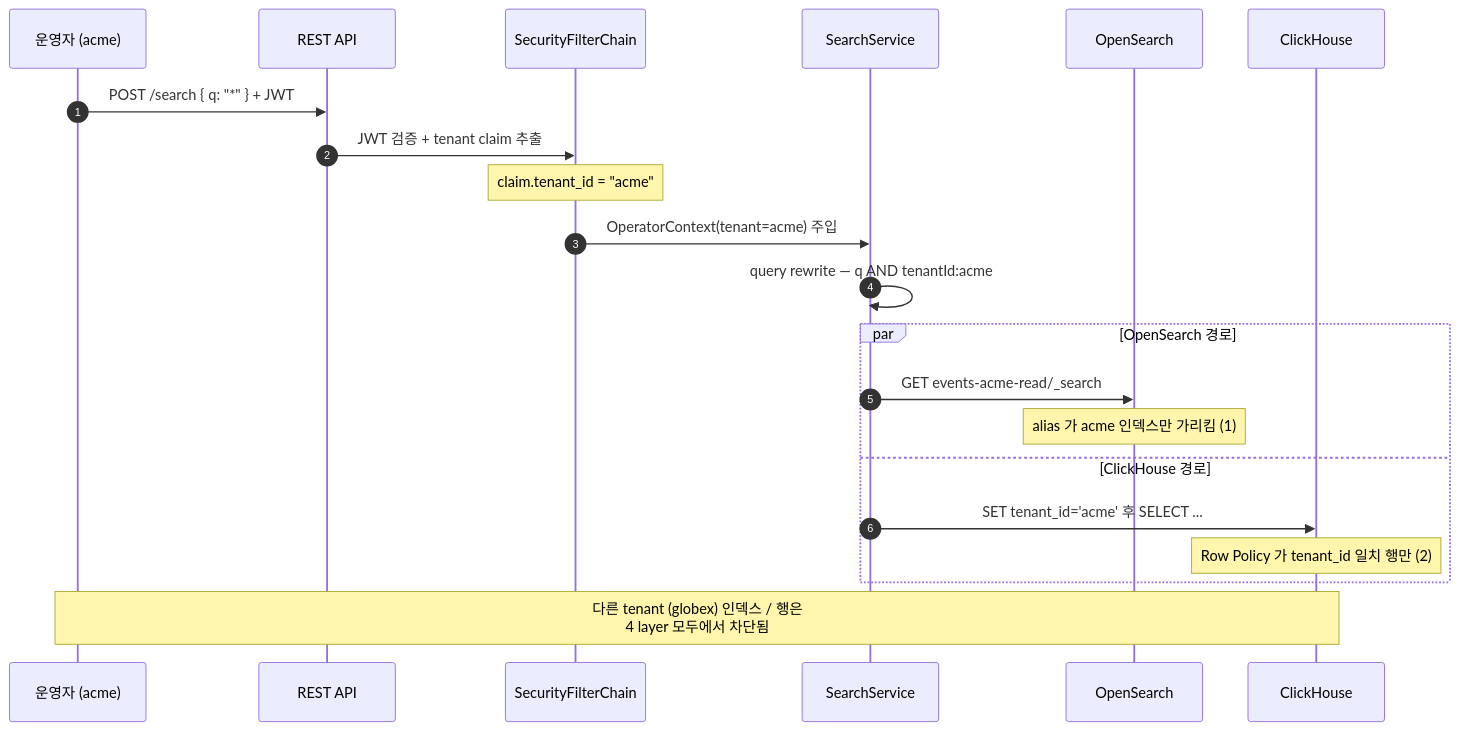
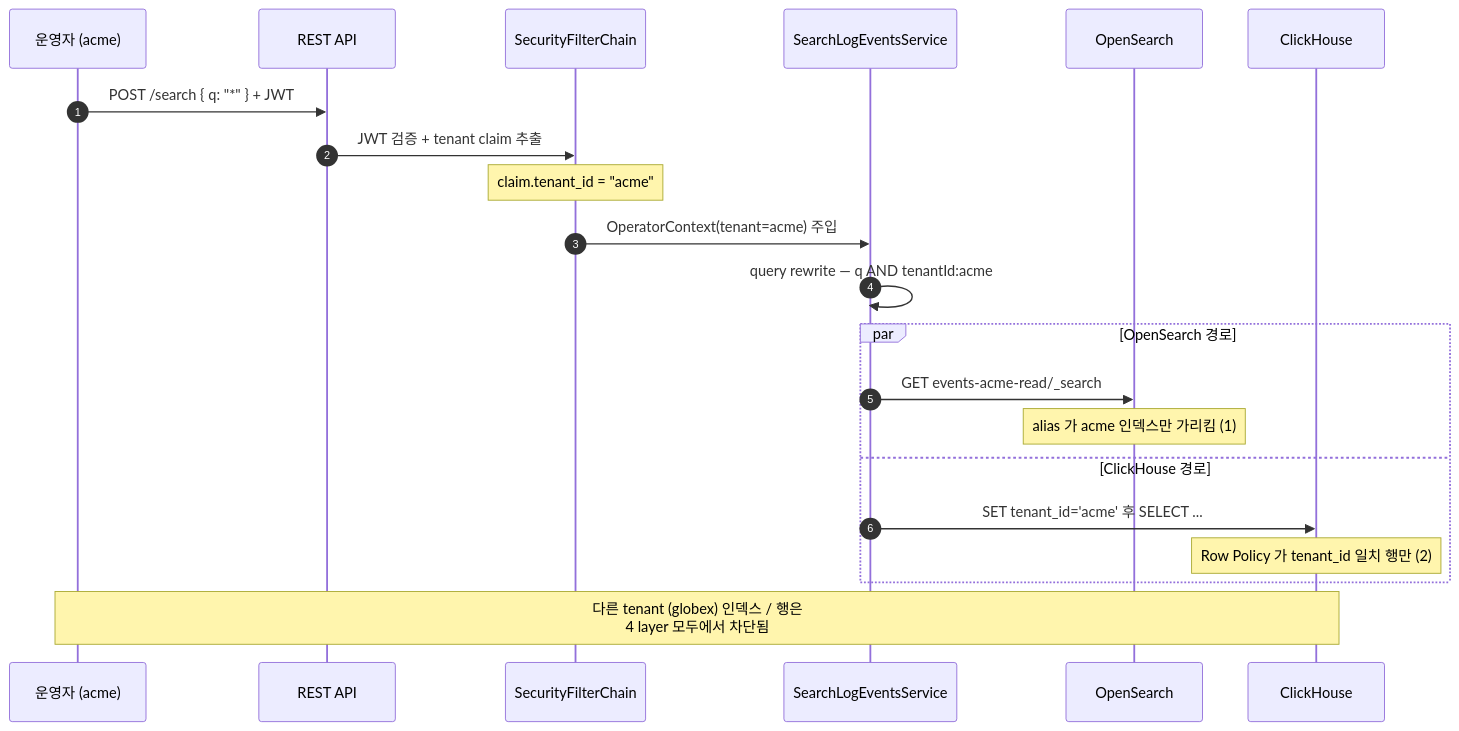
The third of 5 diagrams in README.md (ssa1004/security-log-search), drawn with Mermaid before and after one commit. The commit also changed other lines of this file and 1 other file, not shown here.

````diff
--- a/README.md
+++ b/README.md
@@ -155,24 +155,24 @@
 ```mermaid
 sequenceDiagram
     autonumber
     participant U as 운영자 (acme)
     participant API as REST API
     participant Sec as SecurityFilterChain
-    participant Svc as SearchService
+    participant Svc as SearchLogEventsService
     participant OS as OpenSearch
     participant CH as ClickHouse
 
     U->>API: POST /search { q: "*" } + JWT
     API->>Sec: JWT 검증 + tenant claim 추출
     Note over Sec: claim.tenant_id = "acme"
     Sec->>Svc: OperatorContext(tenant=acme) 주입
     Svc->>Svc: query rewrite — q AND tenantId:acme
     par OpenSearch 경로
         Svc->>OS: GET events-acme-read/_search
         Note over OS: alias 가 acme 인덱스만 가리킴 (1)
     and ClickHouse 경로
         Svc->>CH: SET tenant_id='acme' 후 SELECT ...
         Note over CH: Row Policy 가 tenant_id 일치 행만 (2)
     end
     Note over U,CH: 다른 tenant (globex) 인덱스 / 행은<br/>4 layer 모두에서 차단됨
 ```
````
